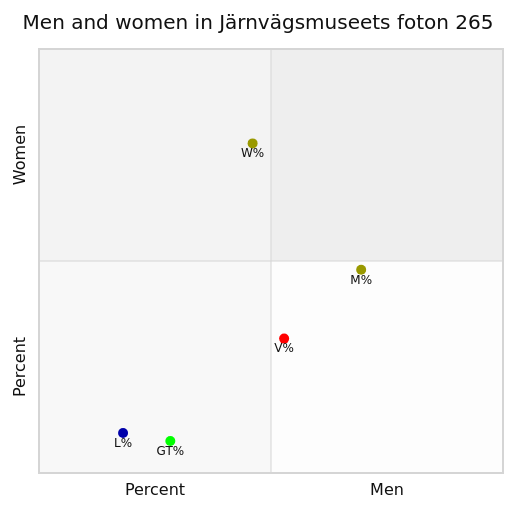
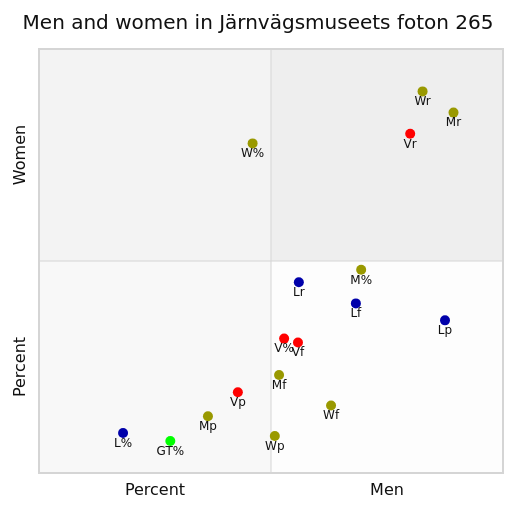
One commit to Modern36/tropes_1500 changed the second of 11 diagrams in browser/scatter.md. Above: the diagram before and after it, drawn with Mermaid (neutral theme). The commit also changed other lines of this file and 1 other file, not shown here.

````diff
--- a/browser/scatter.md
+++ b/browser/scatter.md
@@ -28,12 +40,24 @@
 ```mermaid
 quadrantChart
     title Men and women in Järnvägsmuseets foton 265
     x-axis Percent --> Men
     y-axis Percent --> Women
     M%: [0.6943396226415094, 0.47924528301886793] color: #999900
     W%: [0.46037735849056605, 0.7773584905660378] color: #999900
     GT%: [0.2830188679245283, 0.07547169811320754] color: #00FF00
     V%: [0.5283018867924528, 0.3169811320754717] color: #FF0000
     L%: [0.1811320754716981, 0.09433962264150944] color: #0000AA
+    Lf: [0.6829268292682927, 0.4]  color: #0000AA
+    Lp: [0.875, 0.36]  color: #0000AA
+    Lr: [0.56, 0.45]  color: #0000AA
+    Vf: [0.5581395348837209, 0.3076923076923077]  color: #FF0000
+    Vp: [0.42857142857142855, 0.19047619047619047]  color: #FF0000
+    Vr: [0.8, 0.8]  color: #FF0000
+    Wf: [0.6294416243654822, 0.1592920353982301]  color: #999900
+    Wp: [0.5081967213114754, 0.08737864077669903]  color: #999900
+    Wr: [0.8266666666666667, 0.9]  color: #999900
+    Mf: [0.5173745173745173, 0.23129251700680273]  color: #999900
+    Mp: [0.3641304347826087, 0.13385826771653545]  color: #999900
+    Mr: [0.8933333333333333, 0.85]  color: #999900
 
 ```
````
